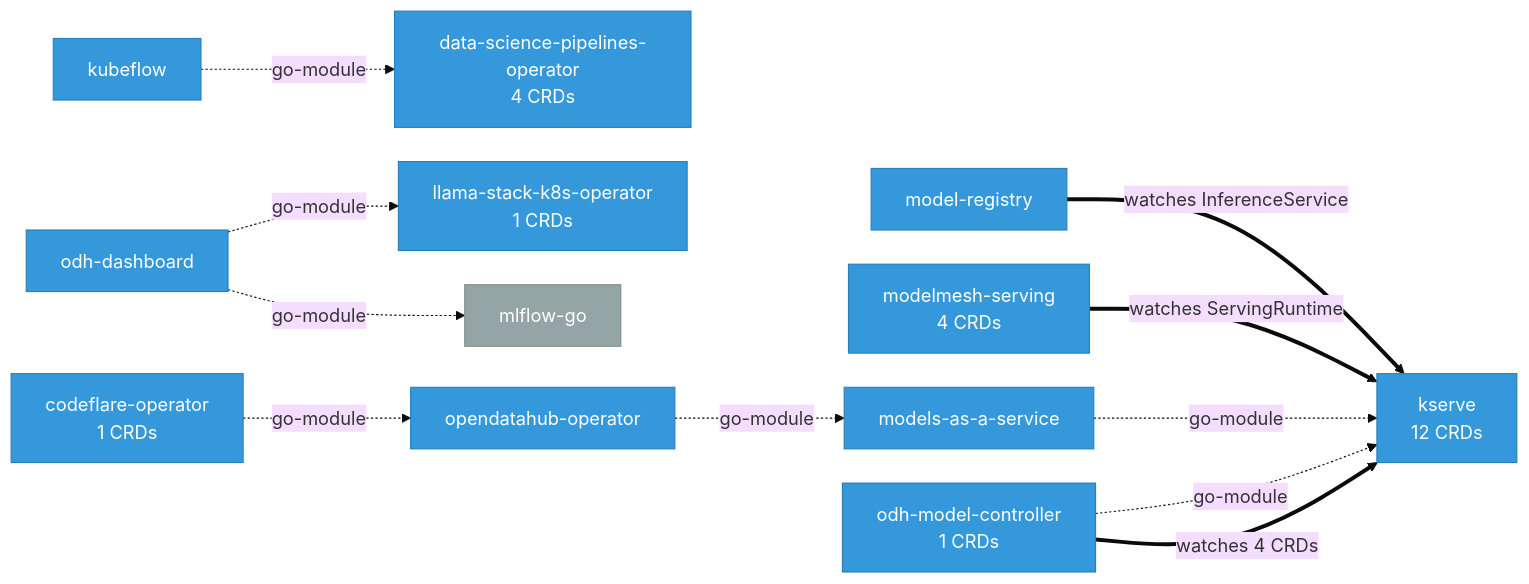
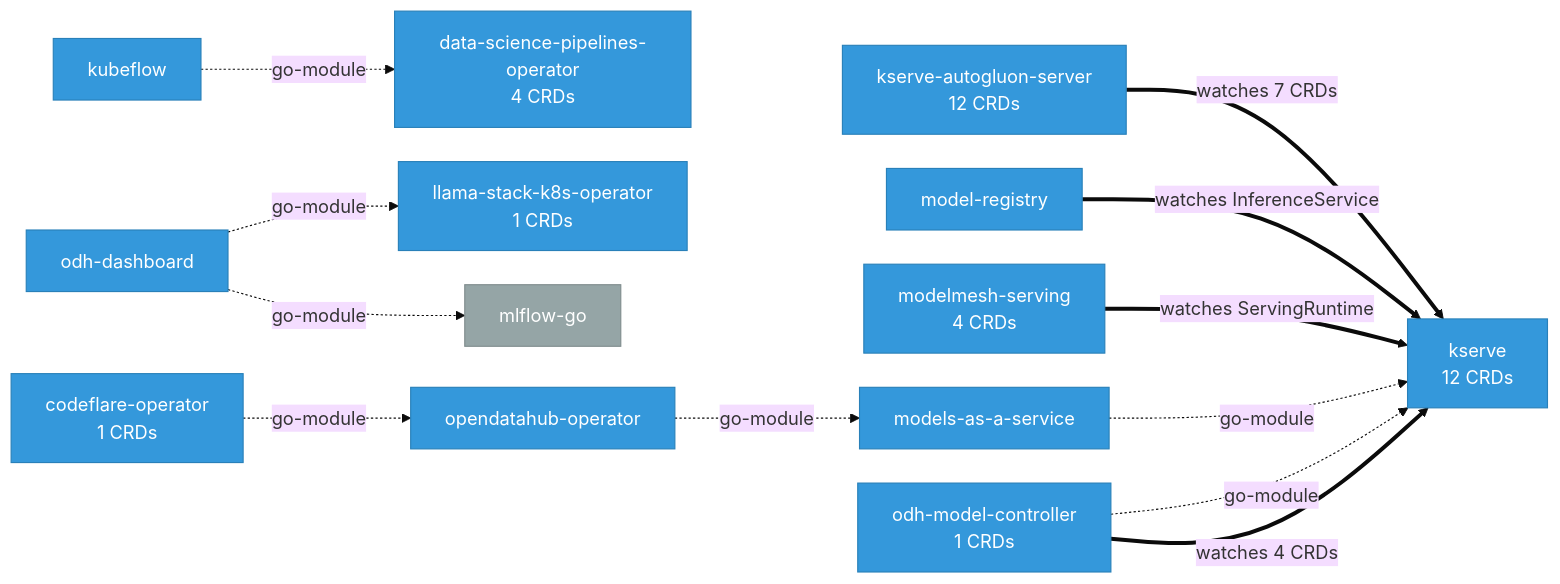
Before and after one commit to ugiordan/rhoai-architecture-analyzer: the diagram in site/docs/odh-platform/index.md, drawn with Mermaid. The commit also changed other lines of this file and 258 other files, not shown here.

````diff
--- a/site/docs/odh-platform/index.md
+++ b/site/docs/odh-platform/index.md
@@ -21,30 +21,32 @@
 ```mermaid
 %%{init: {'theme': 'base', 'flowchart': {'nodeSpacing': 30, 'rankSpacing': 50}}}%%
 graph LR
     classDef internal fill:#3498db,stroke:#2980b9,color:#fff
     classDef external fill:#95a5a6,stroke:#7f8c8d,color:#fff
 
     codeflare_operator["codeflare-operator\n1 CRDs"]:::internal
     data_science_pipelines_operator["data-science-pipelines-operator\n4 CRDs"]:::internal
     kserve["kserve\n12 CRDs"]:::internal
+    kserve_autogluon_server["kserve-autogluon-server\n12 CRDs"]:::internal
     kubeflow["kubeflow"]:::internal
     llama_stack_k8s_operator["llama-stack-k8s-operator\n1 CRDs"]:::internal
     mlflow_go["mlflow-go"]:::external
     model_registry["model-registry"]:::internal
     modelmesh_serving["modelmesh-serving\n4 CRDs"]:::internal
     models_as_a_service["models-as-a-service"]:::internal
     odh_dashboard["odh-dashboard"]:::internal
     odh_model_controller["odh-model-controller\n1 CRDs"]:::internal
     opendatahub_operator["opendatahub-operator"]:::internal
 
     codeflare_operator -.->|"go-module"| opendatahub_operator
+    kserve_autogluon_server ==>|"watches 7 CRDs"| kserve
     kubeflow -.->|"go-module"| data_science_pipelines_operator
     model_registry ==>|"watches InferenceService"| kserve
     modelmesh_serving ==>|"watches ServingRuntime"| kserve
     models_as_a_service -.->|"go-module"| kserve
     odh_dashboard -.->|"go-module"| llama_stack_k8s_operator
     odh_dashboard -.->|"go-module"| mlflow_go
     odh_model_controller -.->|"go-module"| kserve
     odh_model_controller ==>|"watches 4 CRDs"| kserve
     opendatahub_operator -.->|"go-module"| models_as_a_service
 ```
````
